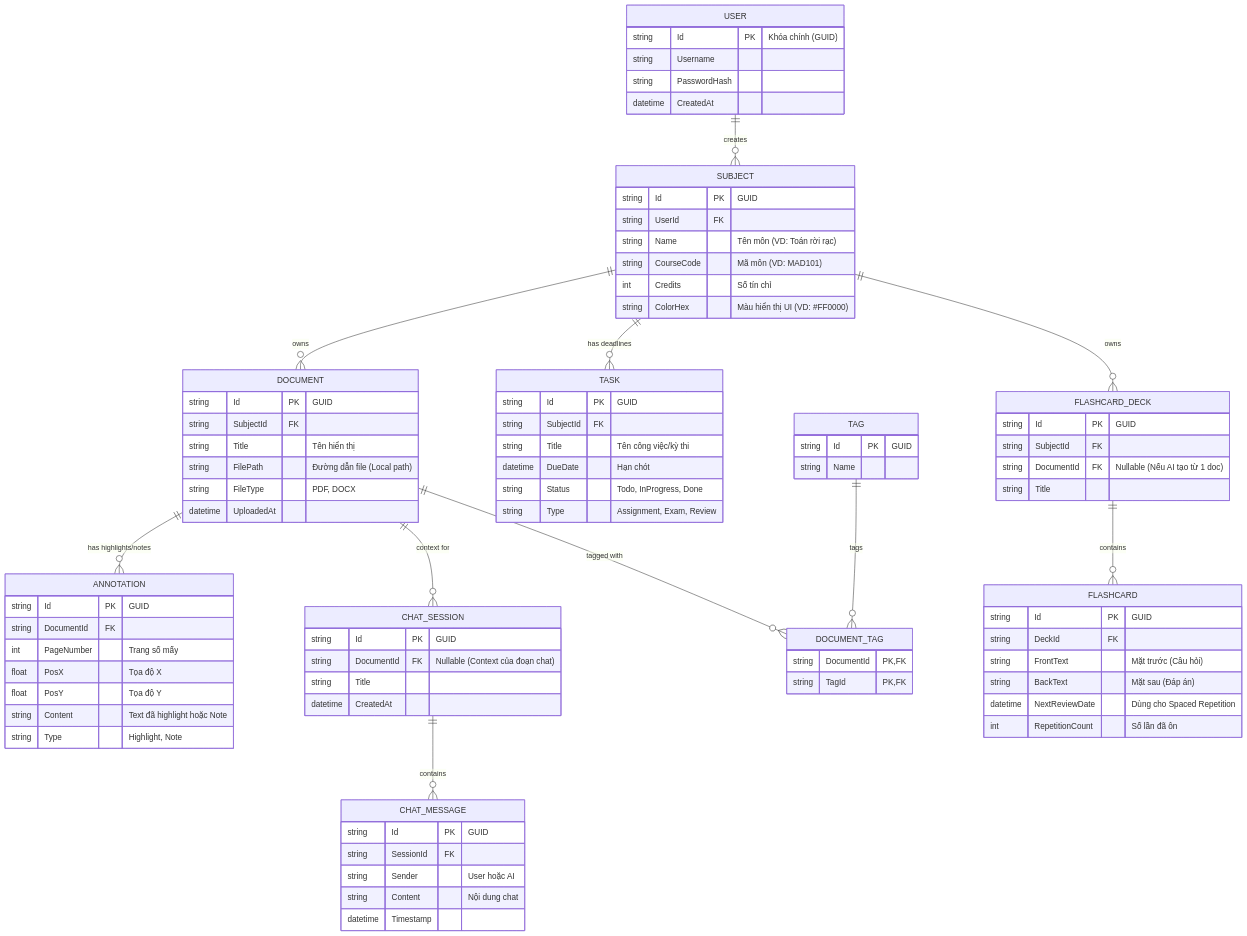
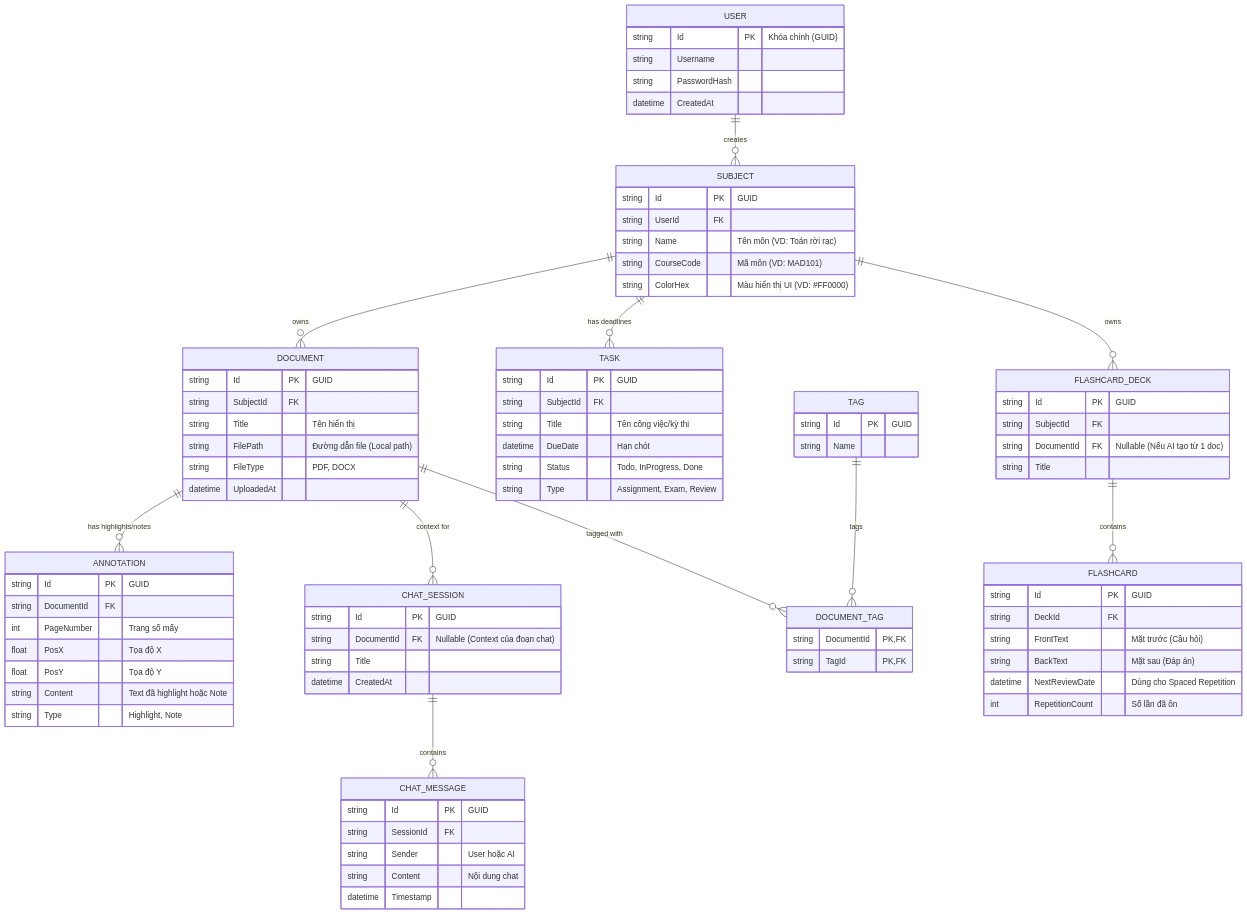
Before and after one commit to lehuymanhtan/PRN212_PROJECT: the diagram in Document/AI_Study_Hub_ERD.md, drawn with Mermaid. The commit also changed 4 other files, not shown here.

```diff
--- a/Document/AI_Study_Hub_ERD.md
+++ b/Document/AI_Study_Hub_ERD.md
@@ -36,7 +36,6 @@
         string UserId FK
         string Name "Tên môn (VD: Toán rời rạc)"
         string CourseCode "Mã môn (VD: MAD101)"
-        int Credits "Số tín chỉ"
         string ColorHex "Màu hiển thị UI (VD: #FF0000)"
     }
 
```
